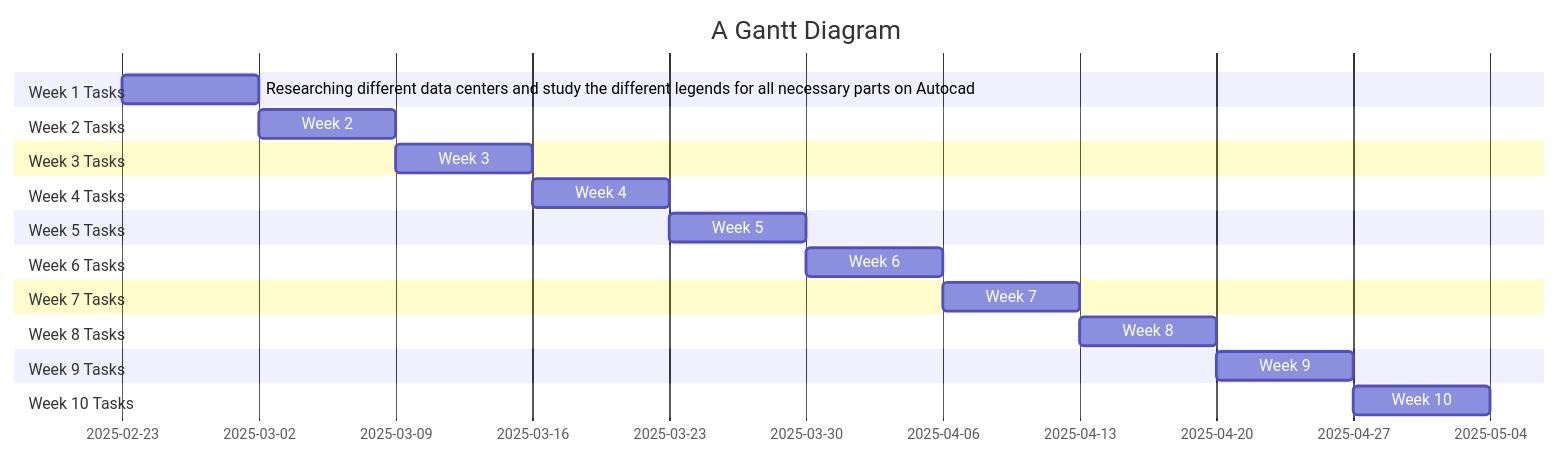
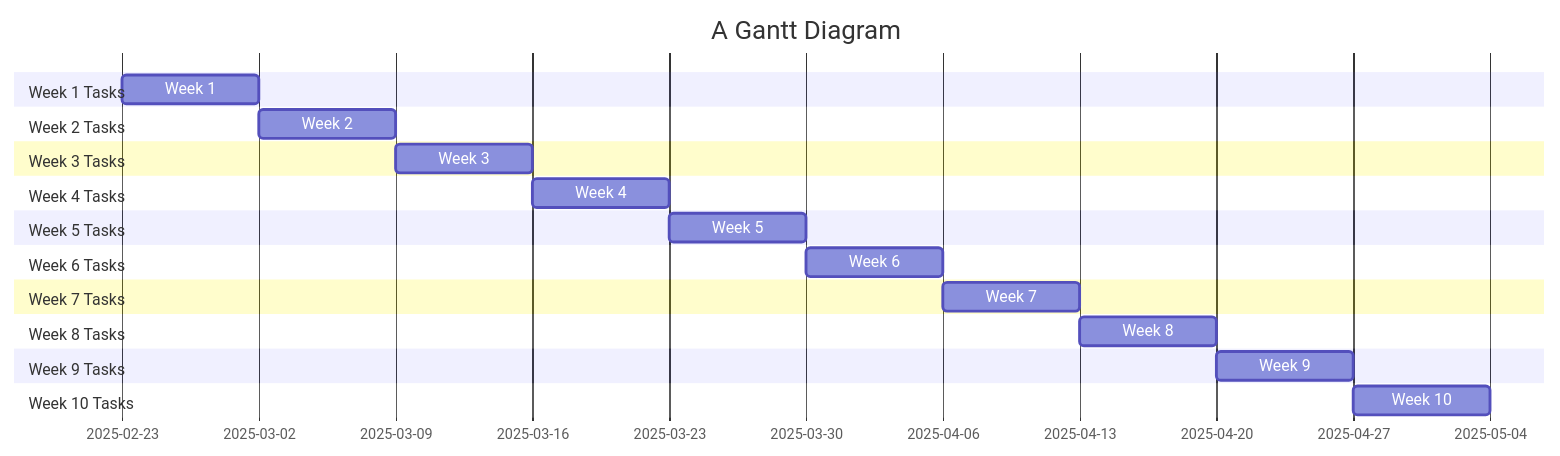
The diagram in Timeline.md (Tukonoma/UNVS-190---Group-2), drawn with Mermaid before and after one commit.

Commit message:
Timeline.md

````diff
--- a/Timeline.md
+++ b/Timeline.md
@@ -1,39 +1,39 @@
 ```mermaid
 gantt
     title A Gantt Diagram
     dateFormat YYYY-MM-DD
     section Week 1 Tasks
-        Researching different data centers and study the different legends for all necessary parts on Autocad          :a1, 2025-02-23, 7d
+        Week 1        :a1, 2025-02-23, 7d
        
     section Week 2 Tasks
         Week 2 :2025-03-02, 7d
 
 
     section Week 3 Tasks
         Week 3          :2025-03-09, 7d
 
 
     section Week 4 Tasks
         Week 4          :2025-03-16, 7d
    
     section Week 5 Tasks
         Week 5          :2025-03-23, 7d
   section Week 6 Tasks
         Week 6      :2025-03-30, 7d
        
     section Week 7 Tasks
         Week 7      :2025-04-06, 7d
        
     section Week 8 Tasks
         Week 8      :2025-04-13, 7d
 
 
     section Week 9 Tasks
         Week 9      :2025-04-20, 7d
 
 
     section Week 10 Tasks
         Week 10     :2025-04-27, 7d
 
 
 ```
````
